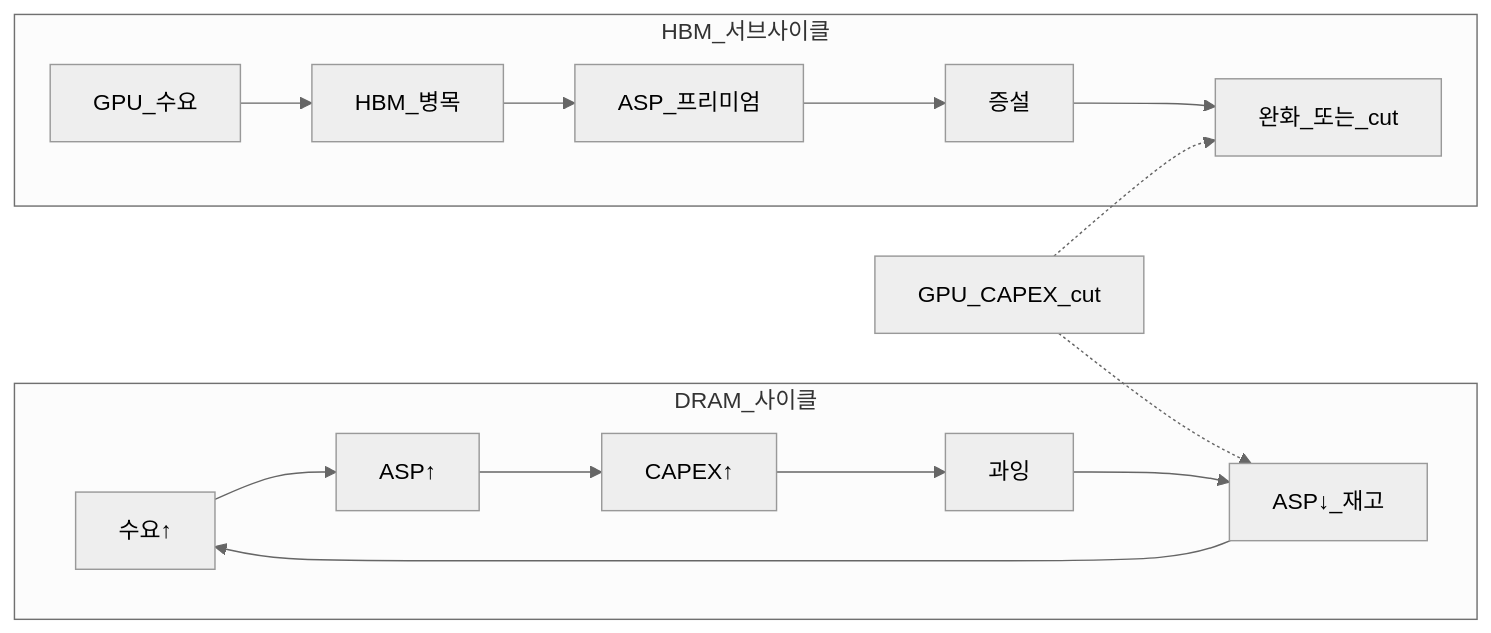
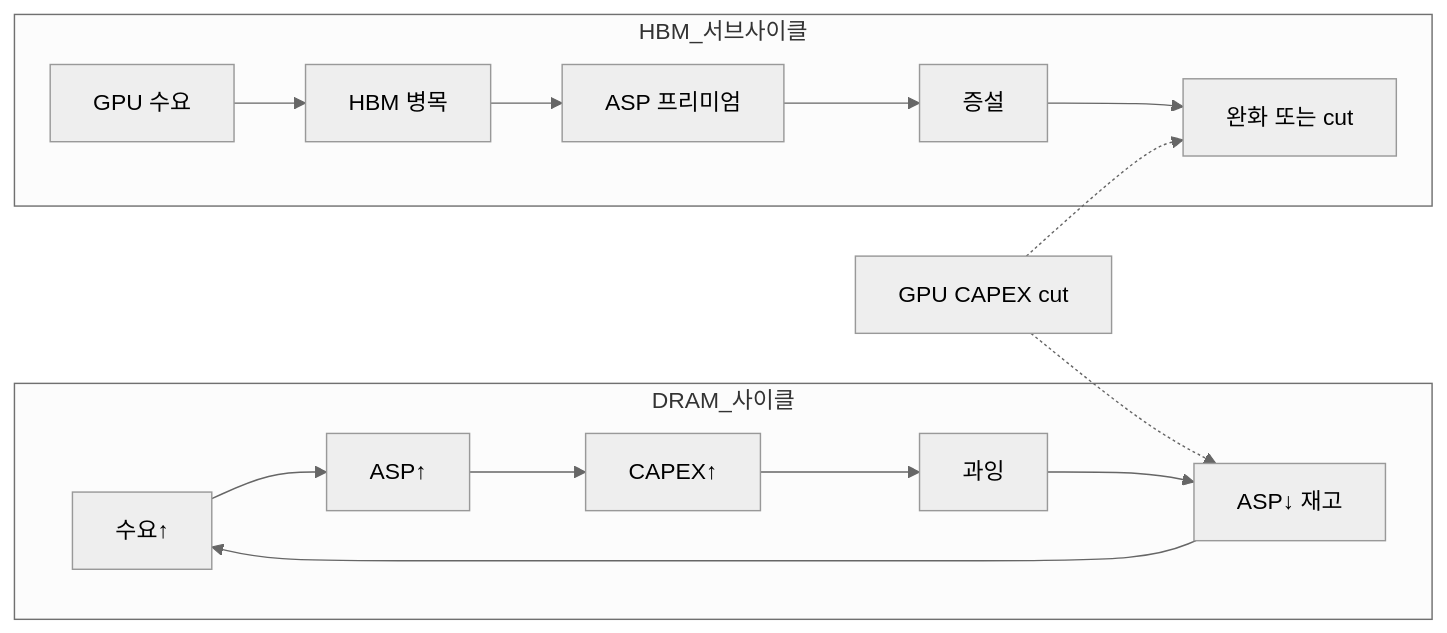
One commit to goldanghenry/Finances changed the second of 3 diagrams in 03-markets/sectors/semiconductor.md. Above: the diagram before and after it, drawn with Mermaid (neutral theme). The commit also changed other lines of this file and 211 other files, not shown here.

````diff
--- a/03-markets/sectors/semiconductor.md
+++ b/03-markets/sectors/semiconductor.md
@@ -148,18 +153,18 @@
 ```mermaid
 flowchart LR
   subgraph mem_cycle [DRAM_사이클]
     M1[수요↑] --> M2[ASP↑]
     M2 --> M3[CAPEX↑]
     M3 --> M4[과잉]
-    M4 --> M5[ASP↓_재고]
+    M4 --> M5["ASP↓ 재고"]
     M5 --> M1
   end
   subgraph hbm_cycle [HBM_서브사이클]
-    H1[GPU_수요] --> H2[HBM_병목]
-    H2 --> H3[ASP_프리미엄]
+    H1["GPU 수요"] --> H2["HBM 병목"]
+    H2 --> H3["ASP 프리미엄"]
     H3 --> H4[증설]
-    H4 --> H5[완화_또는_cut]
+    H4 --> H5["완화 또는 cut"]
   end
-  AI_Cut[GPU_CAPEX_cut] -.-> H5
+  AI_Cut["GPU CAPEX cut"] -.-> H5
   AI_Cut -.-> M5
 ```
````
